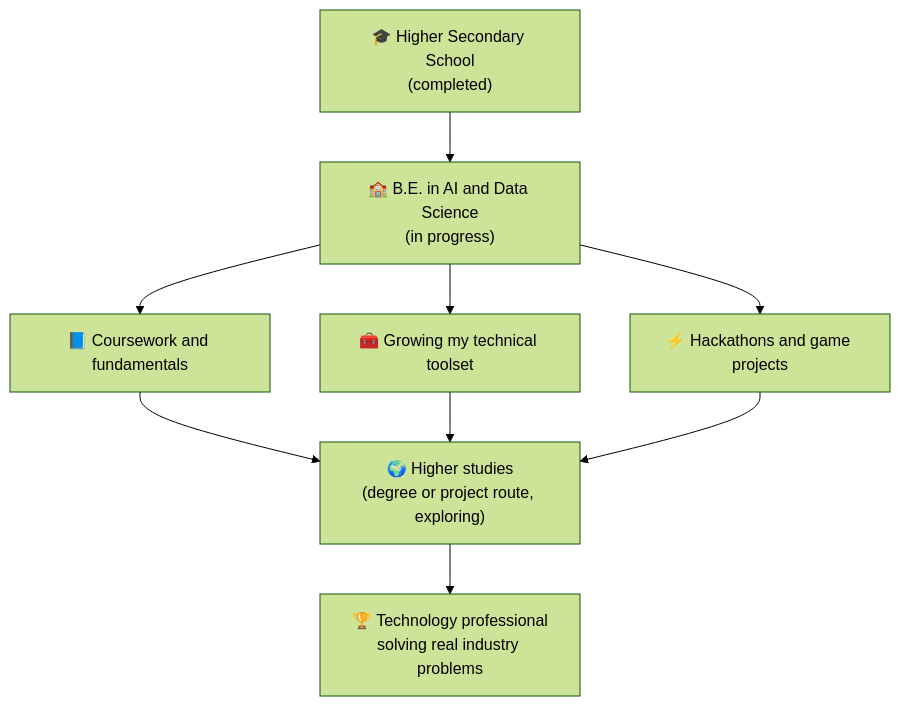
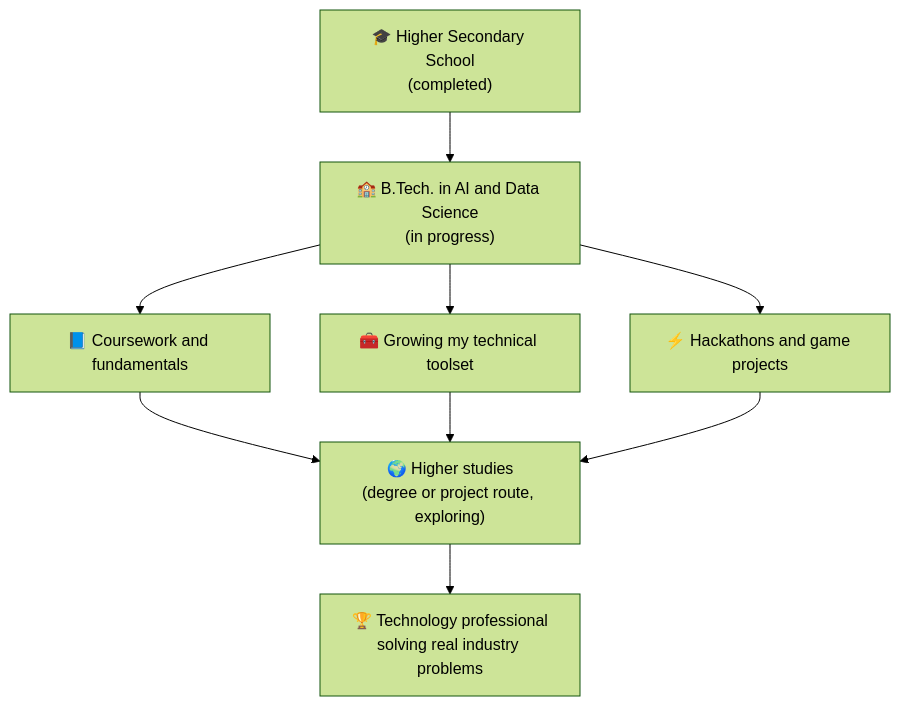
One commit to logithaj/logithaj changed the second of 2 diagrams in README.md. Above: the diagram before and after it, drawn with Mermaid (forest theme). The commit also changed other lines of this file, not shown here.

Commit message:
Update degree from B.E. to B.Tech in README

````diff
--- a/README.md
+++ b/README.md
@@ -65,11 +65,11 @@
 ```mermaid
 flowchart TD
-    S["🎓 Higher Secondary School<br/>(completed)"] --> B["🏫 B.E. in AI and Data Science<br/>(in progress)"]
+    S["🎓 Higher Secondary School<br/>(completed)"] --> B["🏫 B.Tech. in AI and Data Science<br/>(in progress)"]
     B --> C1["📘 Coursework and fundamentals"]
     B --> C2["🧰 Growing my technical toolset"]
     B --> C3["⚡ Hackathons and game projects"]
     C1 --> M["🌍 Higher studies<br/>(degree or project route, exploring)"]
     C2 --> M
     C3 --> M
     M --> G["🏆 Technology professional<br/>solving real industry problems"]
 ```
````
